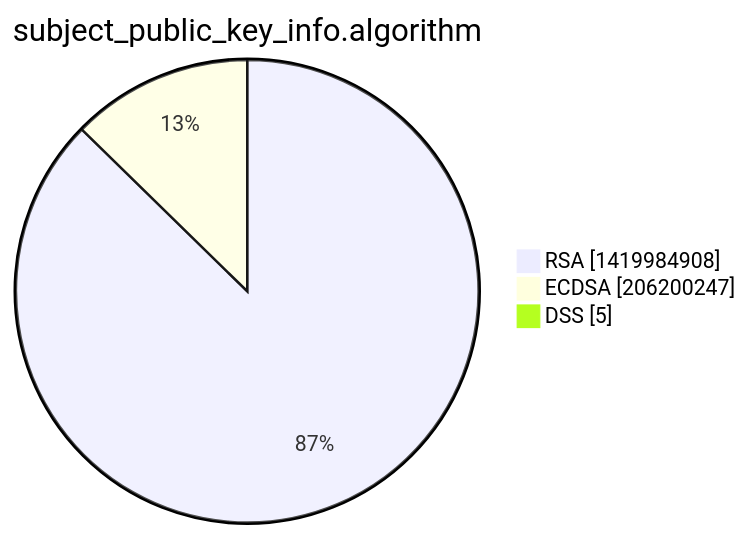
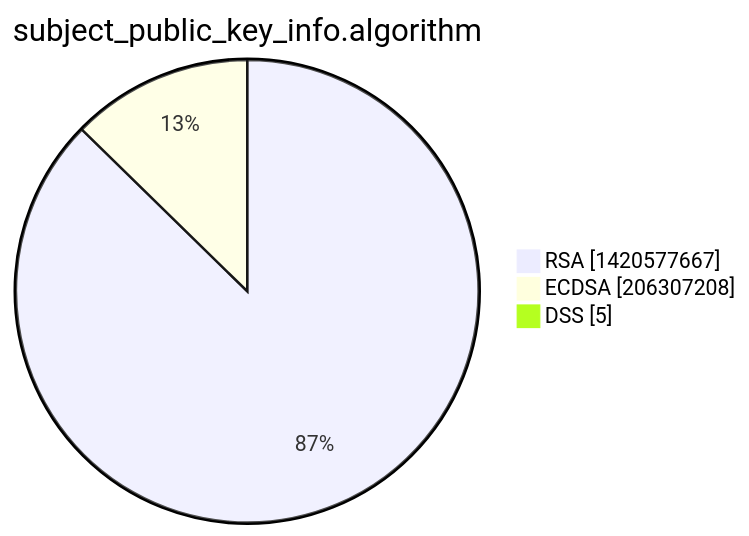
One commit to christiankrug/ctmonitor_visualization changed the third of 15 diagrams in xenon2022/README.md. Above: the diagram before and after it, drawn with Mermaid. The commit also changed other lines of this file, not shown here.

````diff
--- a/xenon2022/README.md
+++ b/xenon2022/README.md
@@ -14,7 +14,7 @@
 ```mermaid
 pie showData
 title subject_public_key_info.algorithm
-"RSA" :1419984908
-"ECDSA" :206200247
+"RSA" :1420577667
+"ECDSA" :206307208
 "DSS" :5
 ```
````
